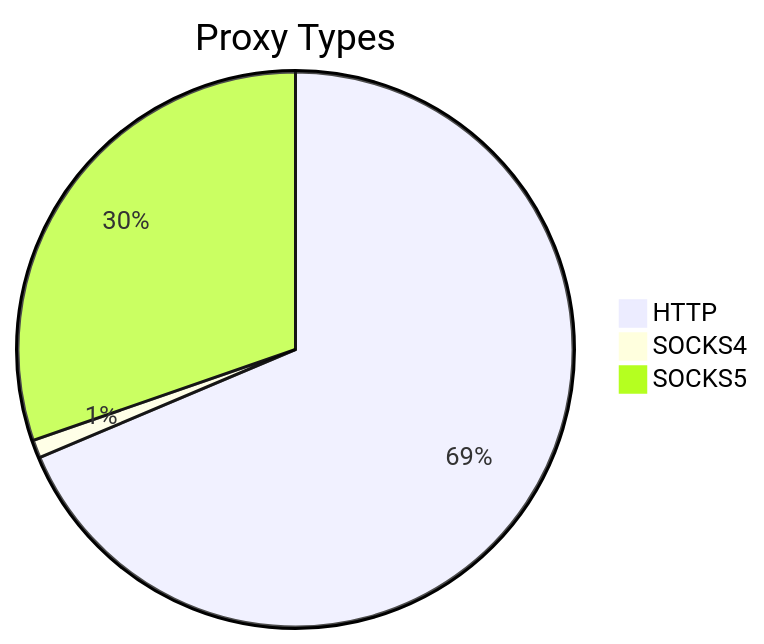
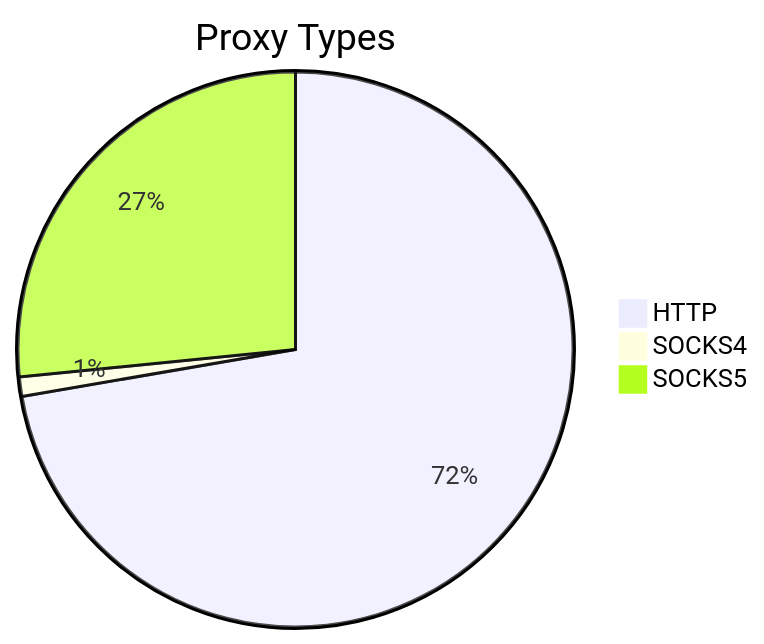
The first of 2 diagrams in README.md (stormsia/proxy-list), drawn with Mermaid before and after one commit. The commit also changed other lines of this file, not shown here.

````diff
--- a/README.md
+++ b/README.md
@@ -21,6 +21,6 @@
 ```mermaid
 pie title Proxy Types
-    "HTTP" : 2924
-    "SOCKS4" : 45
-    "SOCKS5" : 1291
+    "HTTP" : 2560
+    "SOCKS4" : 40
+    "SOCKS5" : 941
 ```
````
